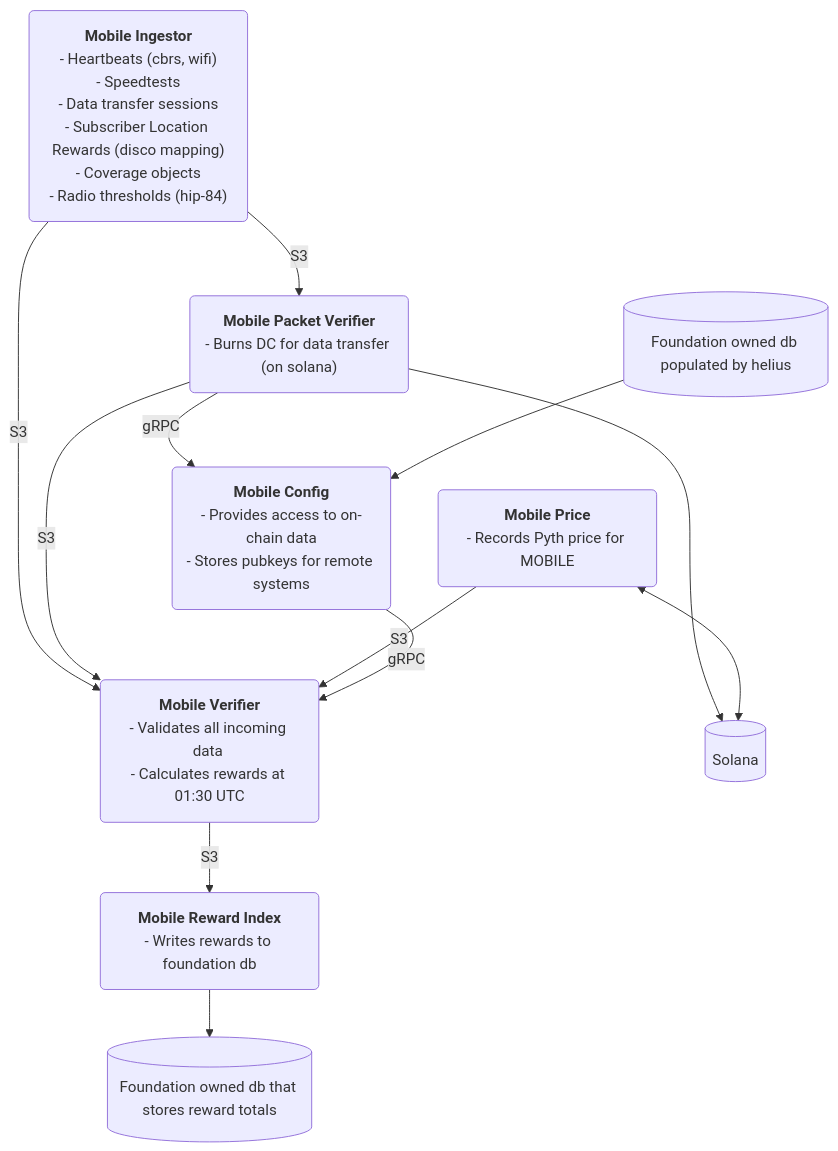
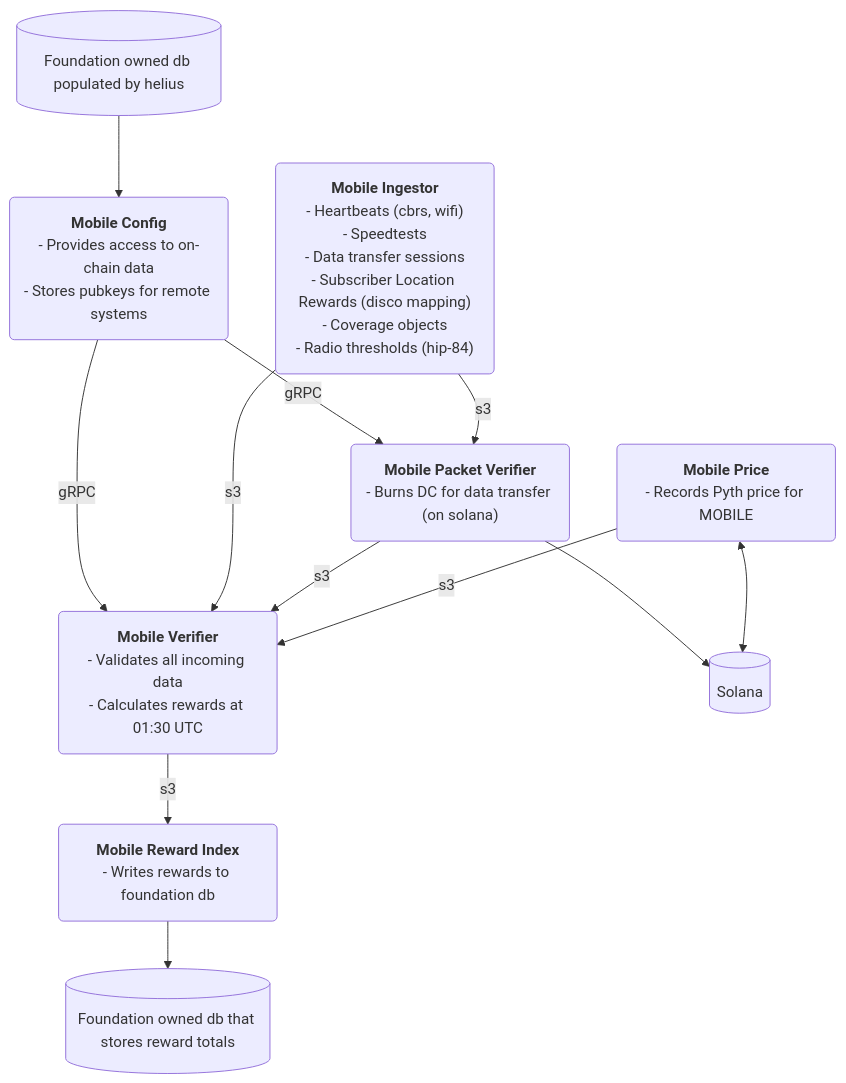
The diagram in README.md (helium/oracles), drawn with Mermaid before and after one commit. The commit also changed other lines of this file and 156 other files, not shown here.

````diff
--- a/README.md
+++ b/README.md
@@ -5,42 +9,42 @@
 ```mermaid
 flowchart TD
+    DB1[(Foundation owned db populated by helius)]
+    MC("`**Mobile Config**
+        - Provides access to on-chain data
+        - Stores pubkeys for remote systems
+    `")
     MI("`**Mobile Ingestor**
         - Heartbeats (cbrs, wifi)
         - Speedtests
         - Data transfer sessions
         - Subscriber Location Rewards (disco mapping)
         - Coverage objects
         - Radio thresholds (hip-84)
     `")
-    MV("`**Mobile Verifier**
-        - Validates all incoming data 
-        - Calculates rewards at 01:30 UTC
-    `")
     MPV("`**Mobile Packet Verifier**
         - Burns DC for data transfer (on solana)
     `")
+    MV("`**Mobile Verifier**
+        - Validates all incoming data
+        - Calculates rewards at 01:30 UTC
+    `")
     MP("`**Mobile Price**
         - Records Pyth price for MOBILE
-    `")
-    DB1[(Foundation owned db populated by helius)]
-    MC("`**Mobile Config**
-        - Provides access to on-chain data
-        - Stores pubkeys for remote systems
     `")
     MRI("`**Mobile Reward Index**
         - Writes rewards to foundation db
     `")
     DB2[(Foundation owned db that stores reward totals)]
     S[(Solana)]
-    MI -- S3 --> MV
-    MI -- S3 --> MPV
-    MPV -- S3 --> MV
-    MPV -- gRPC --> MC
+    DB1 --> MC
+    MC -- gRPC --> MV
+    MC -- gRPC --> MPV
+    MI -- s3 --> MV
+    MI -- s3 --> MPV
+    MPV -- s3 --> MV
     MPV --> S
     MP <--> S
-    MP -- S3 --> MV
-    DB1 --> MC
-    MC -- gRPC --> MV
-    MV -- S3 --> MRI
+    MP -- s3 --> MV
+    MV -- s3 --> MRI
     MRI --> DB2
 ```
````
